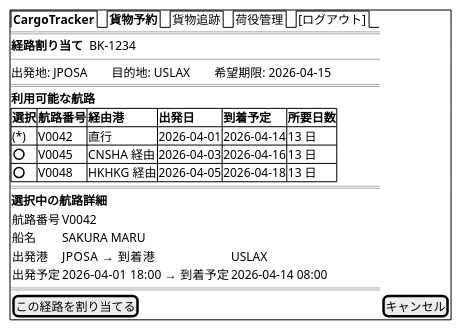
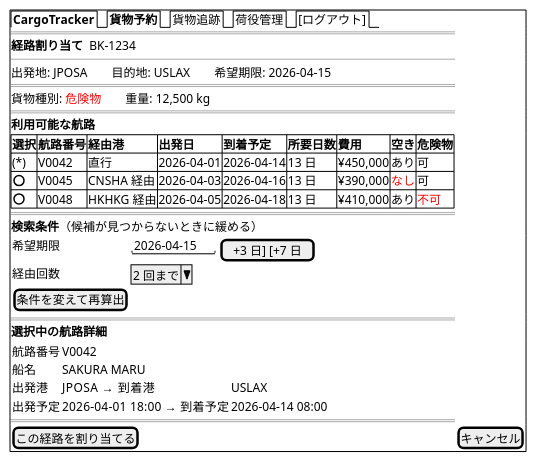
Diagram 11 of 26 in docs/design/ui_design.md (k2works/case-study-cargo-tracker), drawn with PlantUML before and after one commit. The commit also changed other lines of this file and 3 other files, not shown here.

````diff
--- a/docs/design/ui_design.md
+++ b/docs/design/ui_design.md
@@ -624,29 +892,38 @@
 ```plantuml
 @startsalt
 {+
   {/ <b>CargoTracker</b> | <b>貨物予約</b> | 貨物追跡 | 荷役管理 | [ログアウト] }
   ==
   <b>経路割り当て</b>  BK-1234
   --
   出発地: JPOSA　　目的地: USLAX　　希望期限: 2026-04-15
   ==
+  貨物種別: <color:red>危険物</color>　　重量: 12,500 kg
+  ==
   <b>利用可能な航路</b>
   {#
-    **選択** | **航路番号** | **経由港** | **出発日** | **到着予定** | **所要日数**
-    (*)      | V0042        | 直行       | 2026-04-01  | 2026-04-14   | 13 日
-    ()       | V0045        | CNSHA 経由 | 2026-04-03  | 2026-04-16   | 13 日
-    ()       | V0048        | HKHKG 経由 | 2026-04-05  | 2026-04-18   | 13 日
+    **選択** | **航路番号** | **経由港** | **出発日** | **到着予定** | **所要日数** | **費用** | **空き** | **危険物**
+    (*)      | V0042        | 直行       | 2026-04-01  | 2026-04-14   | 13 日 | ¥450,000 | あり | 可
+    ()       | V0045        | CNSHA 経由 | 2026-04-03  | 2026-04-16   | 13 日 | ¥390,000 | <color:red>なし</color> | 可
+    ()       | V0048        | HKHKG 経由 | 2026-04-05  | 2026-04-18   | 13 日 | ¥410,000 | あり | <color:red>不可</color>
+  }
+  ==
+  <b>検索条件</b>（候補が見つからないときに緩める）
+  {
+    希望期限   | "2026-04-15" | [+3 日] [+7 日]
+    経由回数   | ^2 回まで^
+    [条件を変えて再算出]
   }
   ==
   <b>選択中の航路詳細</b>
   {
     航路番号 | V0042
     船名     | SAKURA MARU
     出発港   | JPOSA  →  到着港 | USLAX
     出発予定 | 2026-04-01 18:00  →  到着予定 | 2026-04-14 08:00
   }
   ==
   [この経路を割り当てる] | [キャンセル]
 }
 @endsalt
 ```
````
